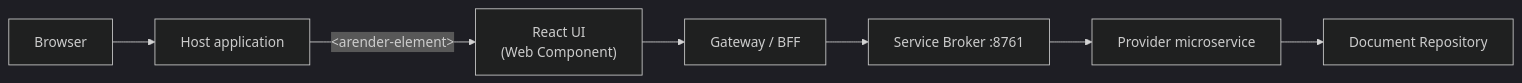
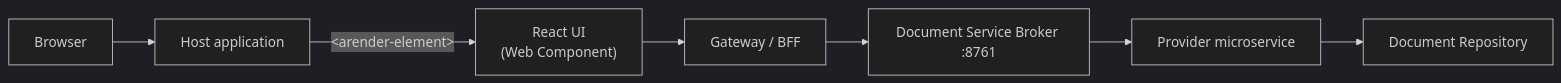
One commit to Uxopian/uxodocs changed the diagram in docs/arender/overview/modern-viewer.md. Above: the diagram before and after it, drawn with Mermaid (dark theme). The commit also changed other lines of this file and 34 other files, not shown here.

````diff
--- a/docs/arender/overview/modern-viewer.md
+++ b/docs/arender/overview/modern-viewer.md
@@ -38,9 +38,9 @@
 ```mermaid
 graph LR
     Browser --> HostApp["Host application"]
     HostApp -->|"&lt;arender-element&gt;"| ReactUI["React UI<br/>(Web Component)"]
     ReactUI --> GW["Gateway / BFF"]
-    GW --> Broker["Service Broker :8761"]
+    GW --> Broker["Document Service Broker :8761"]
     Broker --> Provider["Provider microservice"]
     Provider --> Repo["Document Repository"]
 ```
````
